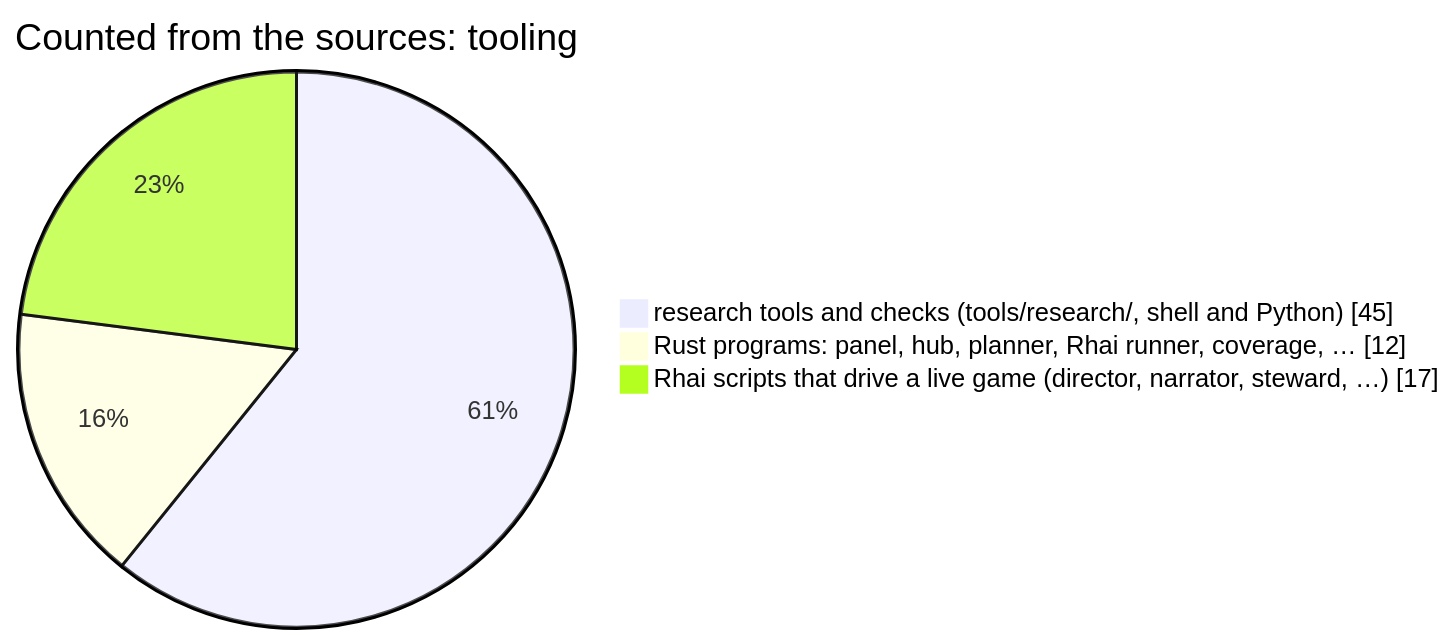
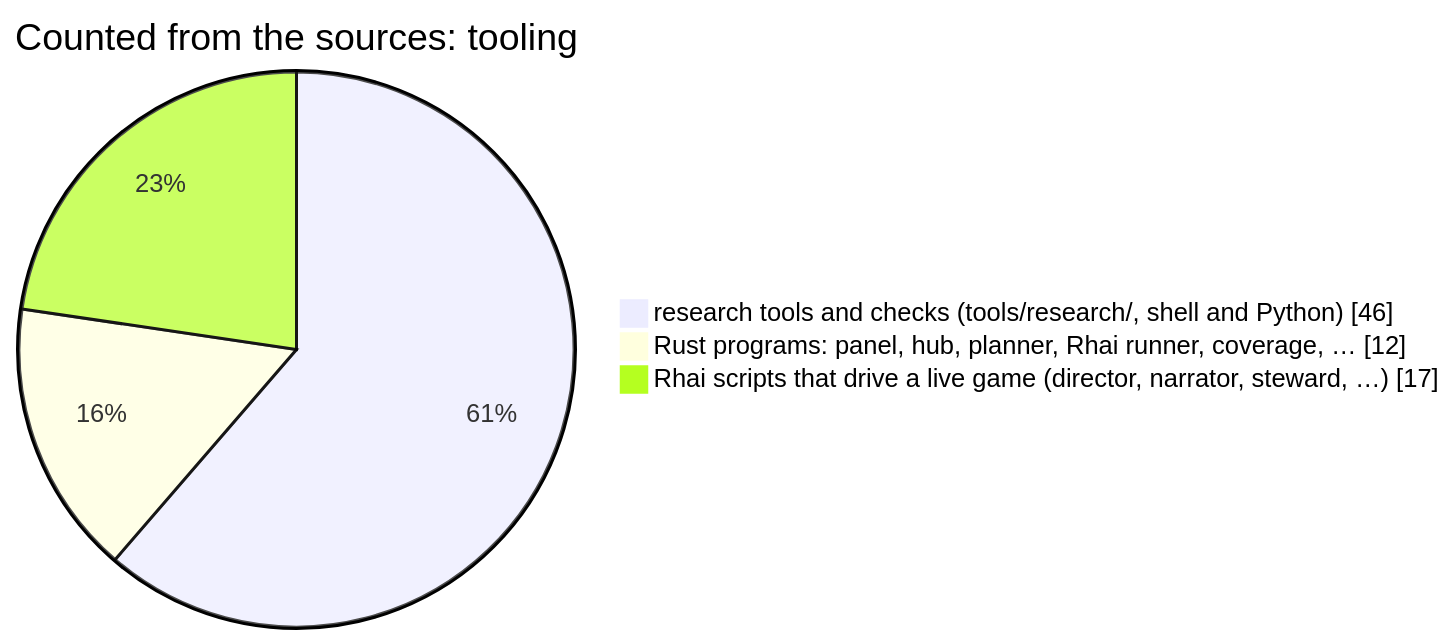
The fifth of 11 diagrams in README.md (korczis/OpenTTD), drawn with Mermaid before and after one commit. The commit also changed other lines of this file and 12 other files, not shown here.

````diff
--- a/README.md
+++ b/README.md
@@ -663,6 +663,6 @@
 ```mermaid
 pie showData title Counted from the sources: tooling
-    "research tools and checks (tools/research/, shell and Python)" : 45
+    "research tools and checks (tools/research/, shell and Python)" : 46
     "Rust programs: panel, hub, planner, Rhai runner, coverage, …" : 12
     "Rhai scripts that drive a live game (director, narrator, steward, …)" : 17
 ```
````
